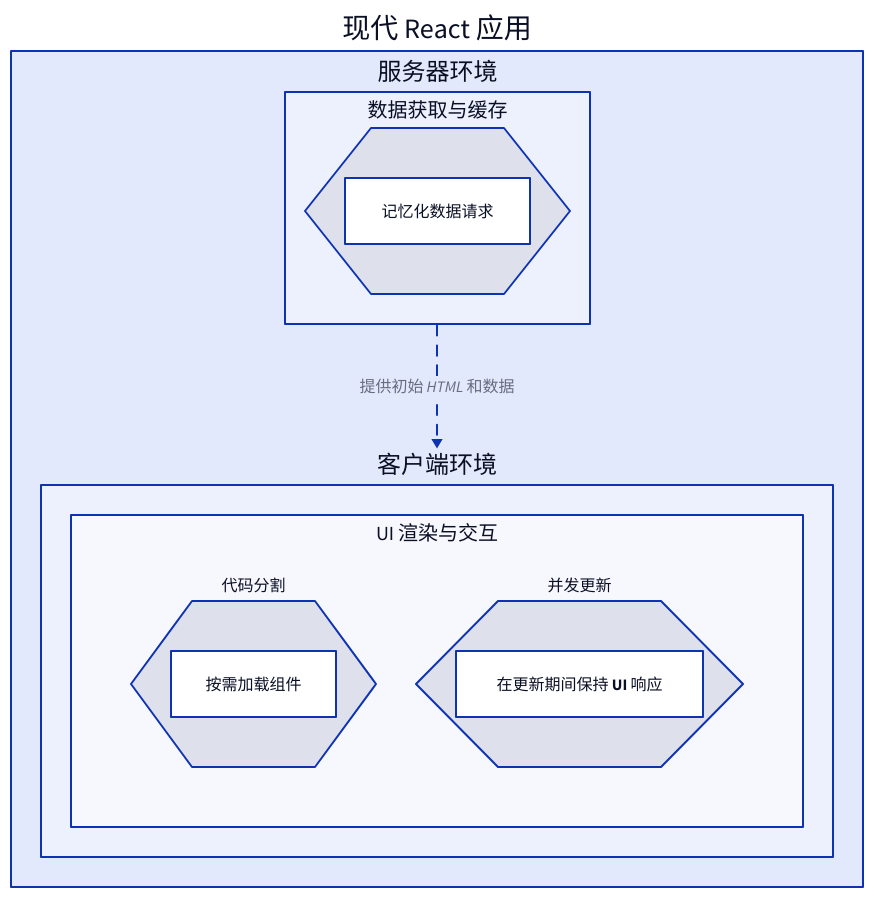
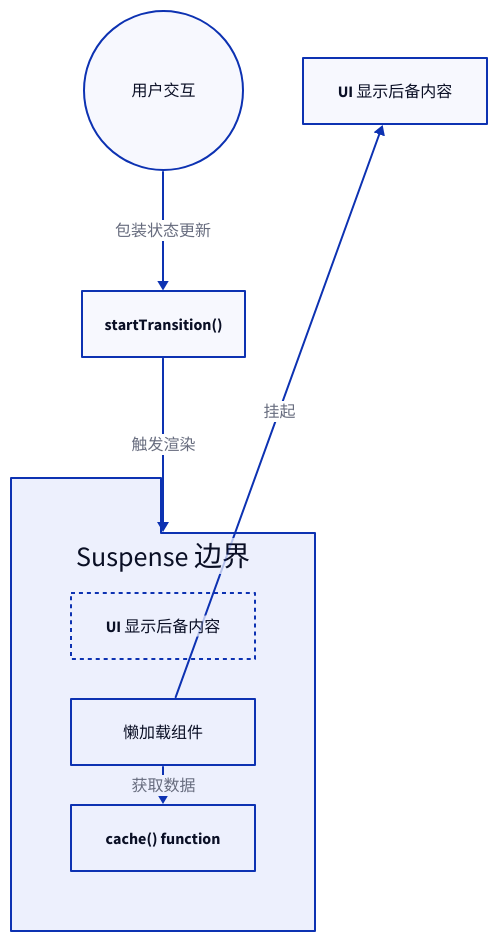
The diagram in packages/react/.aigne/doc-smith/docs/advanced.zh.md (lban2049/react), drawn with D2 before and after one commit. The commit also changed other lines of this file and 46 other files, not shown here.

````diff
--- a/packages/react/.aigne/doc-smith/docs/advanced.zh.md
+++ b/packages/react/.aigne/doc-smith/docs/advanced.zh.md
@@ -7,31 +29,35 @@
 ```d2
 direction: down
 
-"现代 React 应用": {
-  "服务器环境": {
-    "数据获取与缓存": {
-      shape: hexagon
-      "cache()": "记忆化数据请求"
-    }
+"用户交互": {
+  shape: circle
+}
+
+"startTransition()": {
+  shape: rectangle
+}
+
+"Suspense 边界": {
+  shape: package
+  grid-columns: 1
+
+  "UI 显示后备内容": {
+    shape: rectangle
+    style.stroke-dash: 2
   }
 
-  "客户端环境": {
-    "UI 渲染与交互": {
-      grid-columns: 2
+  "懒加载组件": {
+    shape: rectangle
+  }
 
-      "代码分割": {
-        shape: hexagon
-        "lazy() & Suspense": "按需加载组件"
-      }
-      "并发更新": {
-        shape: hexagon
-        "startTransition()": "在更新期间保持 UI 响应"
-      }
-    }
+  "cache() function": {
+    shape: rectangle
   }
+
+  "懒加载组件" -> "cache() function": "获取数据"
 }
 
-"现代 React 应用"."服务器环境" -> "现代 React 应用"."客户端环境": "提供初始 HTML 和数据" {
-  style.animated: true
-}
+"用户交互" -> "startTransition()": "包装状态更新"
+"startTransition()" -> "Suspense 边界": "触发渲染"
+"Suspense 边界"."懒加载组件" -> "UI 显示后备内容": "挂起"
 ```
````
